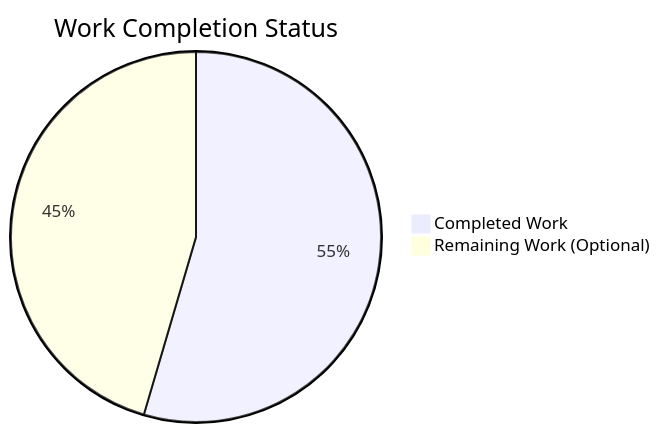
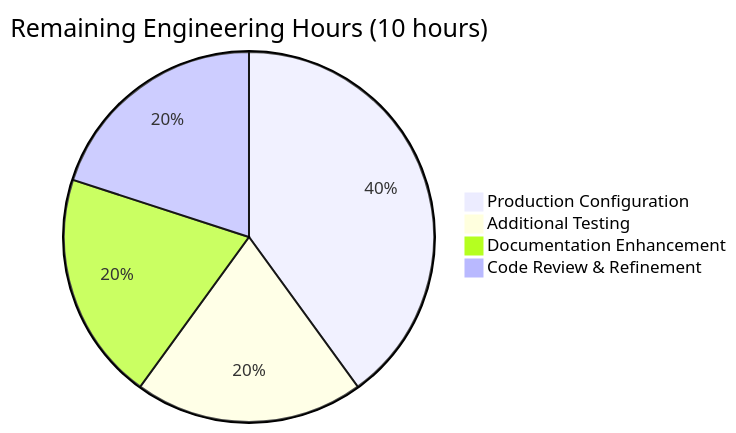
One commit to blitzytest02/blitzy-20250603112938989 changed the second of 2 diagrams in blitzy/documentation/Project Guide.md. Above: the diagram before and after it, drawn with Mermaid. The commit also changed other lines of this file, not shown here.

Commit message:
Adding Blitzy Project Guide: Project Status and Human Tasks Remaining

````diff
--- a/blitzy/documentation/Project Guide.md
+++ b/blitzy/documentation/Project Guide.md
@@ -638,5 +206,7 @@
 ```mermaid
-pie title Work Completion Status
-    "Completed Work" : 12
-    "Remaining Work (Optional)" : 10
+pie title Remaining Engineering Hours (10 hours)
+    "Production Configuration" : 4
+    "Additional Testing" : 2
+    "Documentation Enhancement" : 2
+    "Code Review & Refinement" : 2
 ```
````
